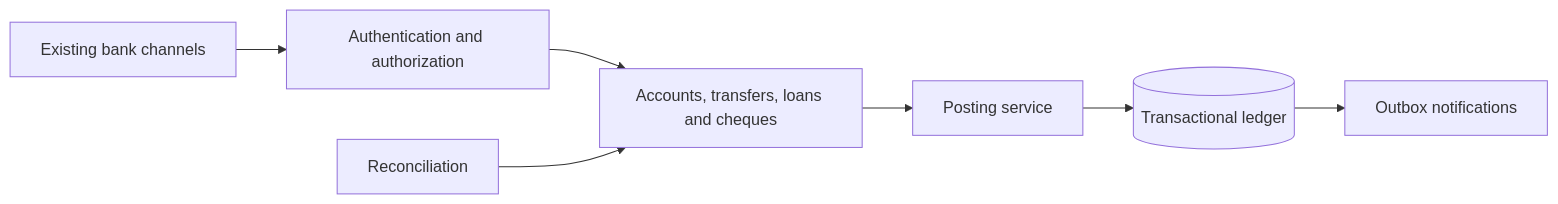
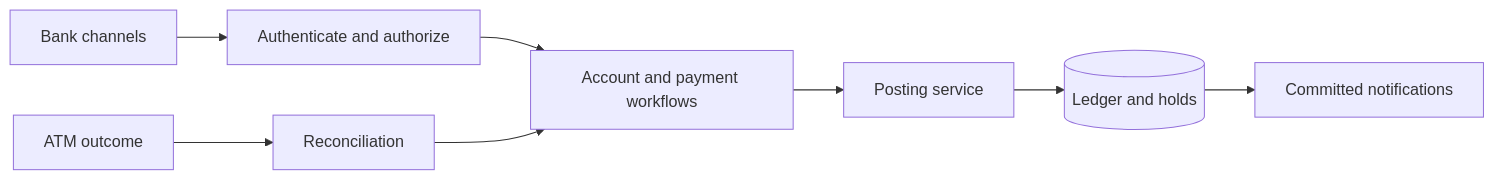
One commit to harsh-github007/Banking-System changed the diagram in README.md. Above: the diagram before and after it, drawn with Mermaid. The commit also changed other lines of this file and 1 other file, not shown here.

Commit message:
Add a concise banking-design summary before the detailed diagrams

````diff
--- a/README.md
+++ b/README.md
@@ -21,9 +11,10 @@
 ```mermaid
 flowchart LR
-    Channels[Existing bank channels] --> Access[Authentication and authorization]
-    Access --> Workflows[Accounts, transfers, loans and cheques]
-    Workflows --> Posting[Posting service]
-    Posting --> DB[(Transactional ledger)]
-    DB --> Notifications[Outbox notifications]
-    Reconciliation[Reconciliation] --> Workflows
+    Channel[Bank channels] --> Access[Authenticate and authorize]
+    Access --> Workflow[Account and payment workflows]
+    Workflow --> Posting[Posting service]
+    Posting --> Ledger[(Ledger and holds)]
+    Ledger --> Outbox[Committed notifications]
+    ATM[ATM outcome] --> Reconcile[Reconciliation]
+    Reconcile --> Workflow
 ```
````
